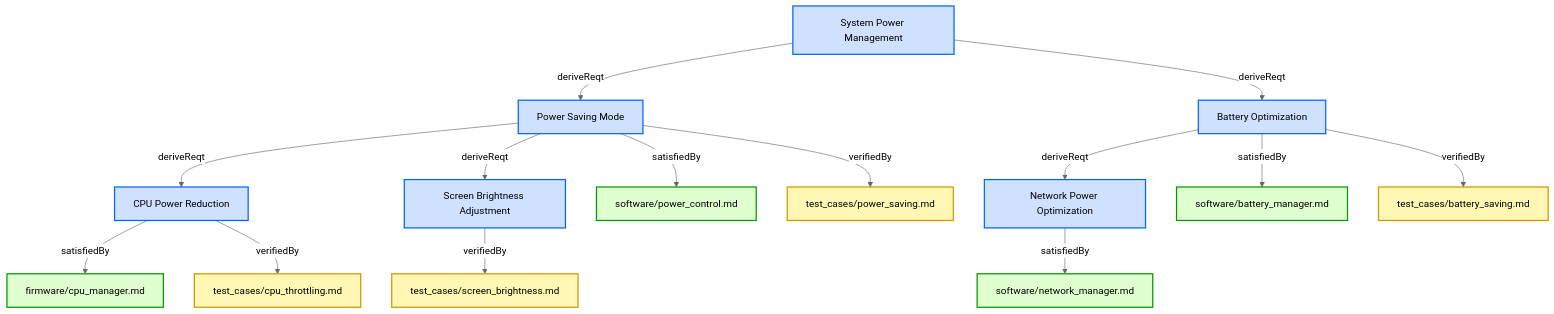
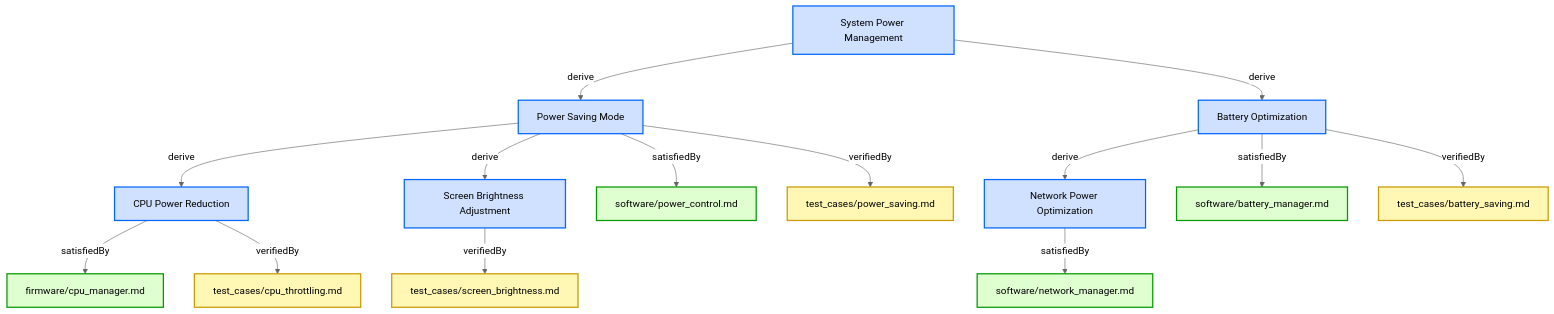
The first of 2 diagrams in system-model/Processing/ChangeImpact/ChangePropagation.md (reqvire-org/reqvire), drawn with Mermaid (neutral theme) before and after one commit. The commit also changed 33 other files, not shown here.

````diff
--- a/system-model/Processing/ChangeImpact/ChangePropagation.md
+++ b/system-model/Processing/ChangeImpact/ChangePropagation.md
@@ -324,27 +324,27 @@
 ```mermaid
 flowchart TD;
     %% Define Classes
     classDef requirement fill:#D0E0FF,stroke:#0066FF,stroke-width:2px;
     classDef implementation fill:#DFFFD0,stroke:#009900,stroke-width:2px;
     classDef verification fill:#FFF7B3,stroke:#CC9900,stroke-width:2px;
 
     %% Requirements Hierarchy
     A[System Power Management]:::requirement
-    A -->|deriveReqt| B[Power Saving Mode]:::requirement
-    B -->|deriveReqt| C[CPU Power Reduction]:::requirement
-    B -->|deriveReqt| D[Screen Brightness Adjustment]:::requirement
-    A -->|deriveReqt| E[Battery Optimization]:::requirement
-    E -->|deriveReqt| G[Network Power Optimization]:::requirement
+    A -->|derive| B[Power Saving Mode]:::requirement
+    B -->|derive| C[CPU Power Reduction]:::requirement
+    B -->|derive| D[Screen Brightness Adjustment]:::requirement
+    A -->|derive| E[Battery Optimization]:::requirement
+    E -->|derive| G[Network Power Optimization]:::requirement
 
     %% Implementations (Satisfied By)
     B -->|satisfiedBy| SB1[software/power_control.md]:::implementation
     C -->|satisfiedBy| SB2[firmware/cpu_manager.md]:::implementation
     E -->|satisfiedBy| SB3[software/battery_manager.md]:::implementation
     G -->|satisfiedBy| SB4[software/network_manager.md]:::implementation
 
     %% Verifications (Verified By)
     B -->|verifiedBy| VB1[test_cases/power_saving.md]:::verification
     C -->|verifiedBy| VB2[test_cases/cpu_throttling.md]:::verification
     D -->|verifiedBy| VB3[test_cases/screen_brightness.md]:::verification
     E -->|verifiedBy| VB4[test_cases/battery_saving.md]:::verification
 ```
````
